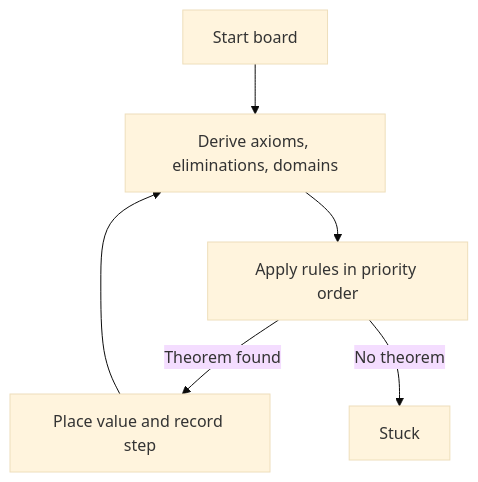
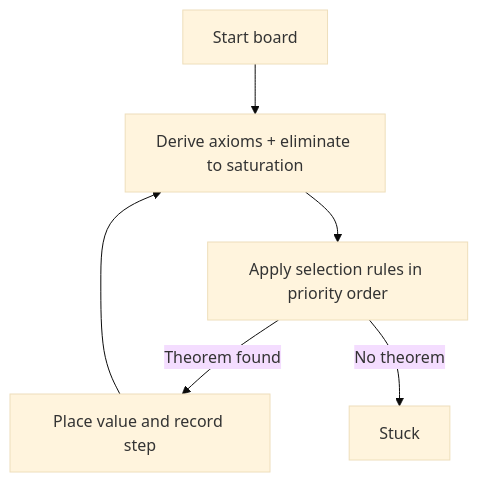
One commit to davecarr1024/sudologue changed the fourth of 4 diagrams in docs/design.md. Above: the diagram before and after it, drawn with Mermaid (base theme). The commit also changed other lines of this file and 6 other files, not shown here.

Commit message:
Split rules into elimination/selection and tighten narration

````diff
--- a/docs/design.md
+++ b/docs/design.md
@@ -157,8 +160,8 @@
 ```mermaid
 flowchart TD
-  S[Start board] --> D[Derive axioms, eliminations, domains]
-  D --> R[Apply rules in priority order]
+  S[Start board] --> D[Derive axioms + eliminate to saturation]
+  D --> R[Apply selection rules in priority order]
   R -->|Theorem found| P[Place value and record step]
   P --> D
   R -->|No theorem| X[Stuck]
 ```
````
